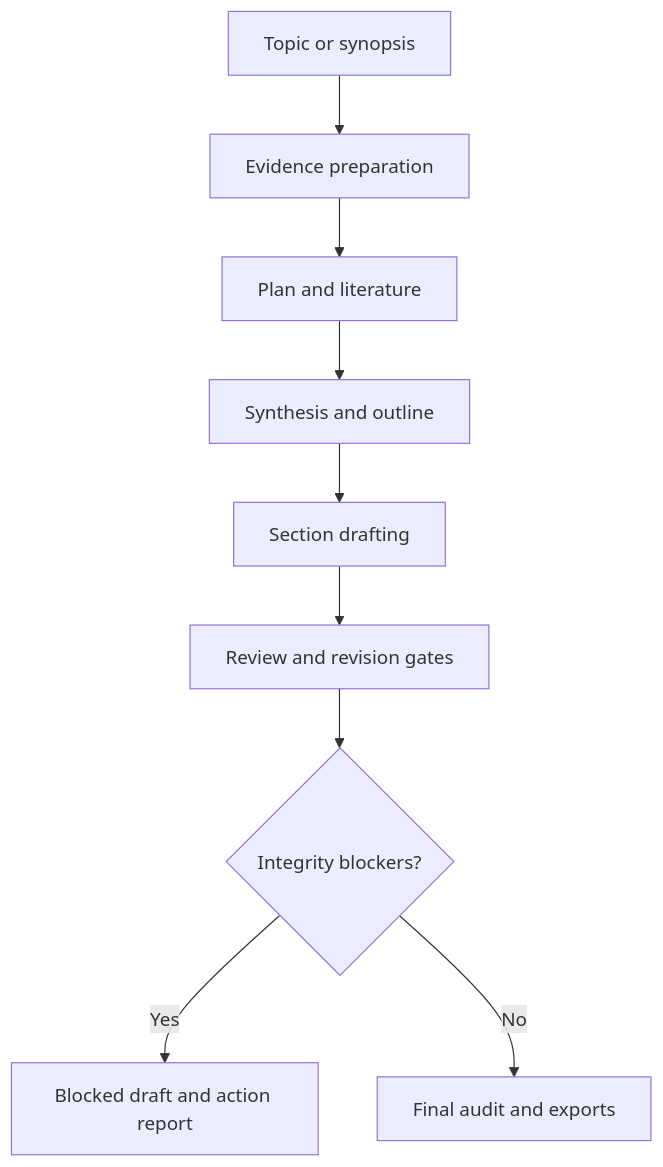
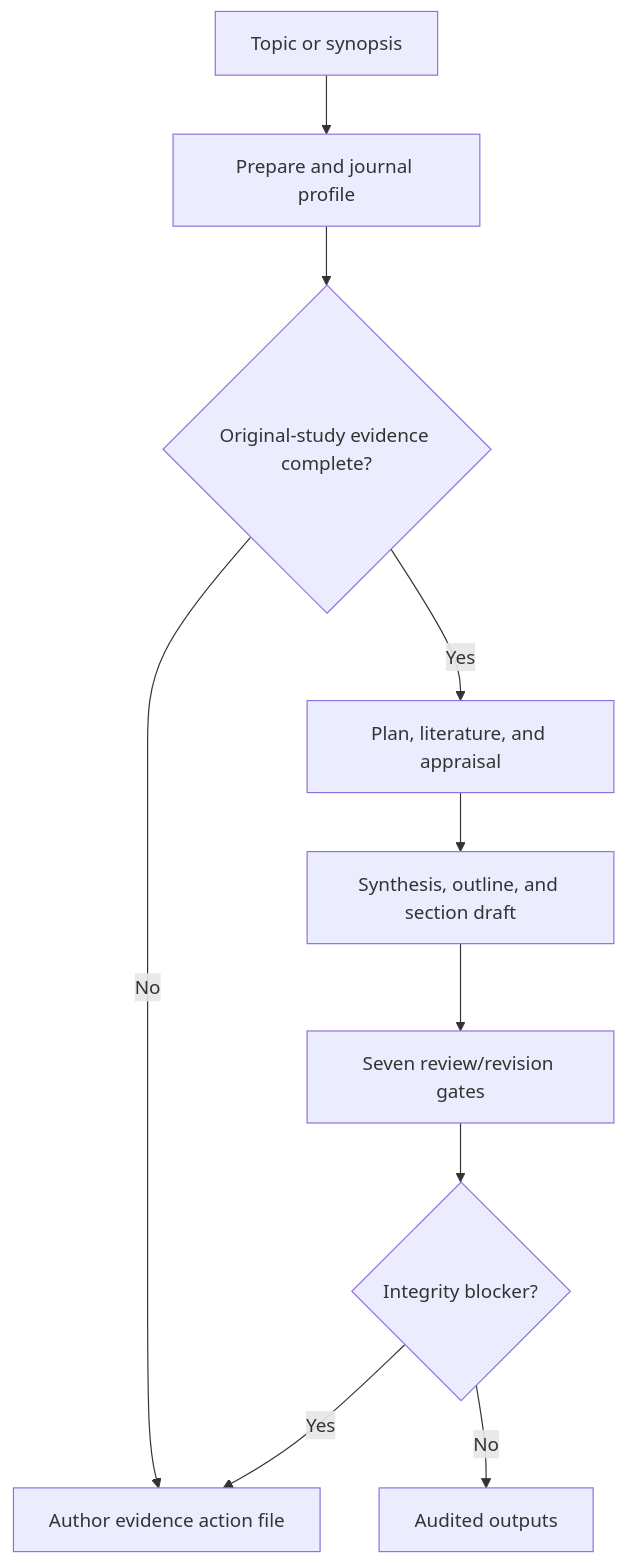
One commit to vsagar100/paperforge-agent changed the first of 2 diagrams in docs/ARCHITECTURE.md. Above: the diagram before and after it, drawn with Mermaid. The commit also changed other lines of this file and 31 other files, not shown here.

````diff
--- a/docs/ARCHITECTURE.md
+++ b/docs/ARCHITECTURE.md
@@ -20,11 +22,12 @@
 ```mermaid
 flowchart TD
-    A["Topic or synopsis"] --> B["Evidence preparation"]
-    B --> C["Plan and literature"]
-    C --> D["Synthesis and outline"]
-    D --> E["Section drafting"]
-    E --> F["Review and revision gates"]
-    F --> G{"Integrity blockers?"}
-    G -- Yes --> H["Blocked draft and action report"]
-    G -- No --> I["Final audit and exports"]
+    A["Topic or synopsis"] --> B["Prepare and journal profile"]
+    B --> C{"Original-study evidence complete?"}
+    C -- No --> D["Author evidence action file"]
+    C -- Yes --> E["Plan, literature, and appraisal"]
+    E --> F["Synthesis, outline, and section draft"]
+    F --> G["Seven review/revision gates"]
+    G --> H{"Integrity blocker?"}
+    H -- Yes --> D
+    H -- No --> I["Audited outputs"]
 ```
````
